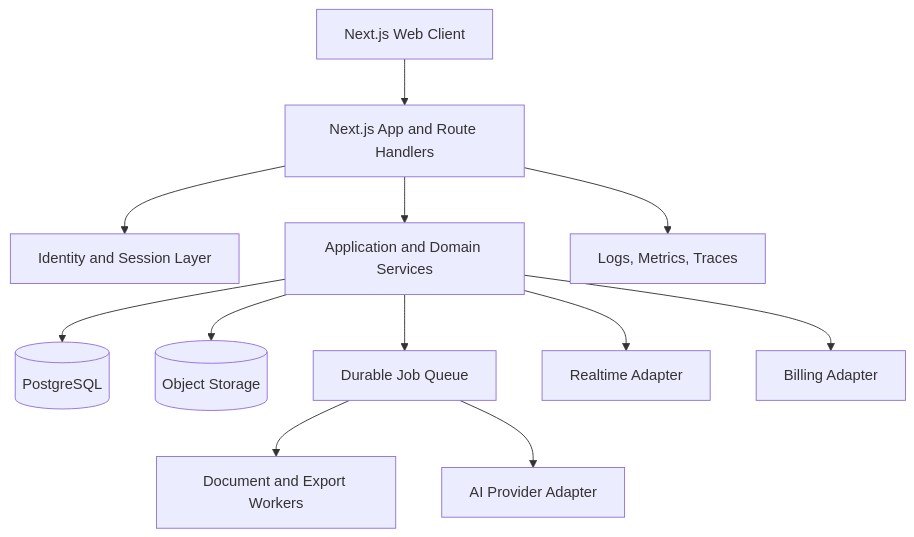
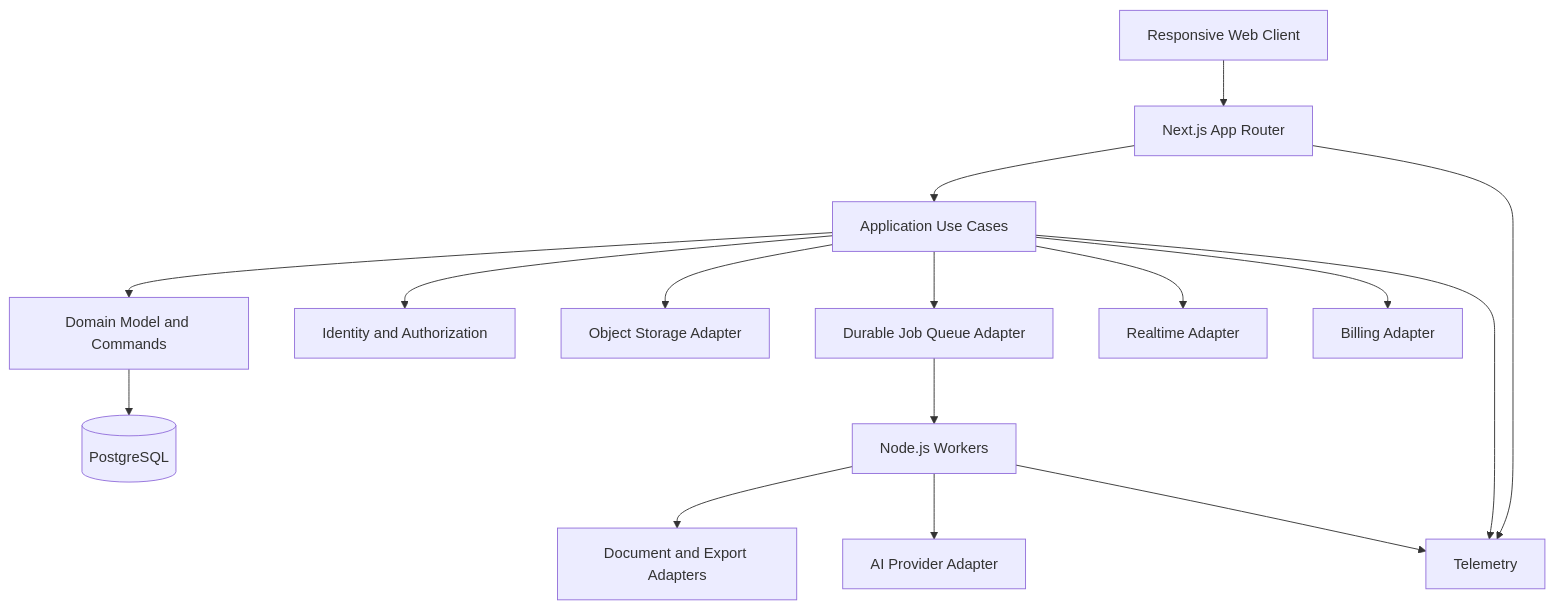
The diagram in docs/ARCHITECTURE.md (galleryabah-source/mindmap-pro), drawn with Mermaid before and after one commit. The commit also changed other lines of this file, not shown here.

Commit message:
Strengthen architecture for performance and extensibility

````diff
--- a/docs/ARCHITECTURE.md
+++ b/docs/ARCHITECTURE.md
@@ -4,14 +7,18 @@
 ```mermaid
 flowchart TB
-  Browser[Next.js Web Client] --> App[Next.js App and Route Handlers]
-  App --> Auth[Identity and Session Layer]
-  App --> Domain[Application and Domain Services]
+  Client[Responsive Web Client] --> UI[Next.js App Router]
+  UI --> App[Application Use Cases]
+  App --> Domain[Domain Model and Commands]
+  App --> Auth[Identity and Authorization]
   Domain --> PG[(PostgreSQL)]
-  Domain --> Files[(Object Storage)]
-  Domain --> Queue[Durable Job Queue]
-  Queue --> Ingest[Document and Export Workers]
-  Queue --> AI[AI Provider Adapter]
-  Domain --> Realtime[Realtime Adapter]
-  Domain --> Billing[Billing Adapter]
-  App --> Obs[Logs, Metrics, Traces]
+  App --> Blob[Object Storage Adapter]
+  App --> Jobs[Durable Job Queue Adapter]
+  Jobs --> Workers[Node.js Workers]
+  Workers --> Docs[Document and Export Adapters]
+  Workers --> AI[AI Provider Adapter]
+  App --> RT[Realtime Adapter]
+  App --> Pay[Billing Adapter]
+  UI --> Obs[Telemetry]
+  App --> Obs
+  Workers --> Obs
 ```
````
